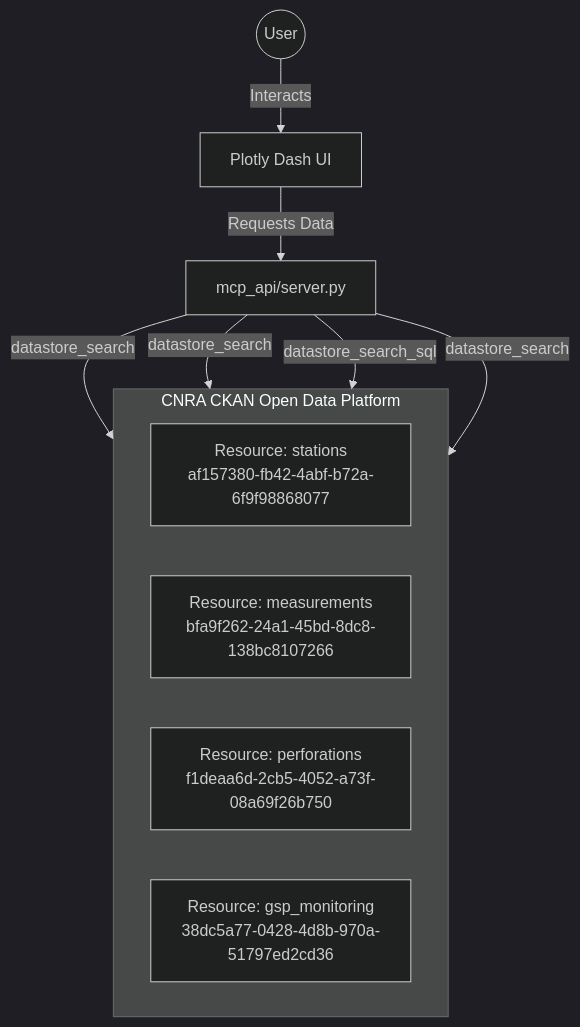
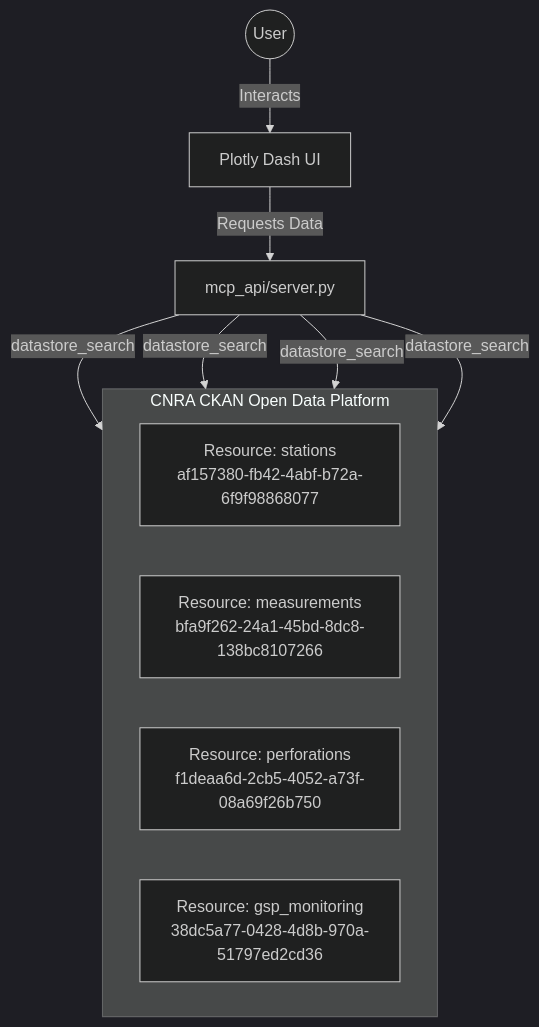
One commit to hhaeri/cnra_gw_dashboard changed the diagram in README.md. Above: the diagram before and after it, drawn with Mermaid (dark theme).

````diff
--- a/README.md
+++ b/README.md
@@ -16,18 +16,18 @@
 ```mermaid
 graph TD;
     User((User)) -->|Interacts| UI[Plotly Dash UI]
     UI -->|Requests Data| MCP[mcp_api/server.py]
     
     subgraph CNRA CKAN Open Data Platform
         direction LR
         ST[Resource: stations<br/>af157380-fb42-4abf-b72a-6f9f98868077]
         MS[Resource: measurements<br/>bfa9f262-24a1-45bd-8dc8-138bc8107266]
         PF[Resource: perforations<br/>f1deaa6d-2cb5-4052-a73f-08a69f26b750]
         GS[Resource: gsp_monitoring<br/>38dc5a77-0428-4d8b-970a-51797ed2cd36]
     end
 
     MCP -->|datastore_search| ST
     MCP -->|datastore_search| PF
-    MCP -->|datastore_search_sql| MS
+    MCP -->|datastore_search| MS
     MCP -->|datastore_search| GS
 ```
````
